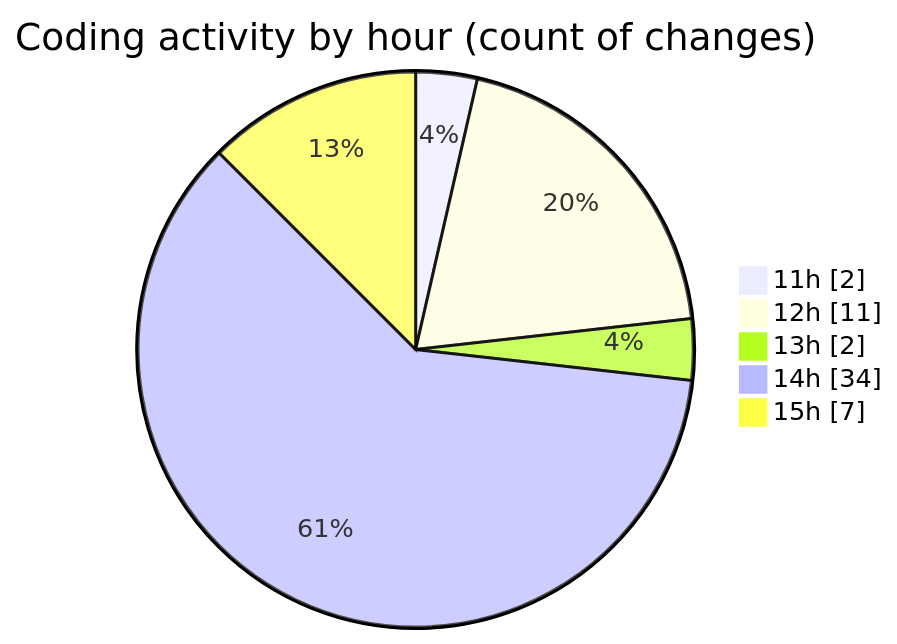
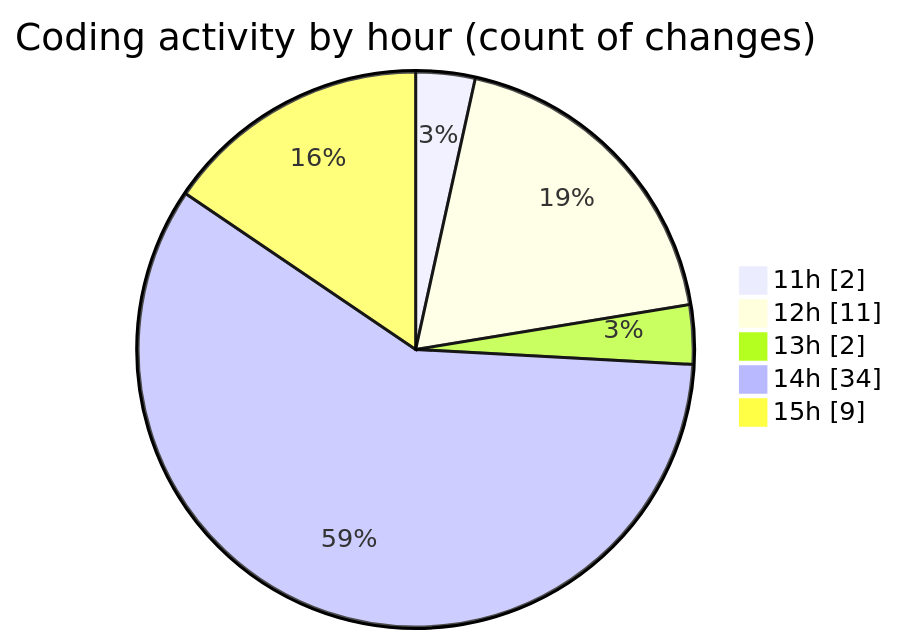
One commit to nxtqubesakshisongat/code-tracking changed the second of 2 diagrams in 2025-09-10/cashcalc/README.md. Above: the diagram before and after it, drawn with Mermaid. The commit also changed other lines of this file and 1 other file, not shown here.

````diff
--- a/2025-09-10/cashcalc/README.md
+++ b/2025-09-10/cashcalc/README.md
@@ -46,9 +46,9 @@
 ```mermaid
 pie showData
 title Coding activity by hour (count of changes)
 "11h" : 2
 "12h" : 11
 "13h" : 2
 "14h" : 34
-"15h" : 7
+"15h" : 9
 ```
````
